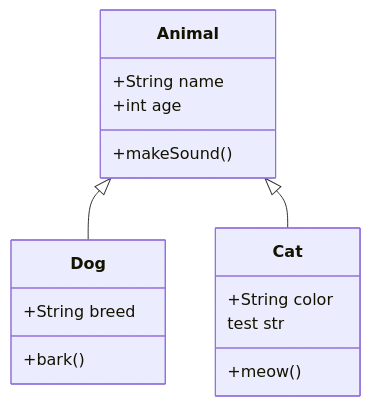
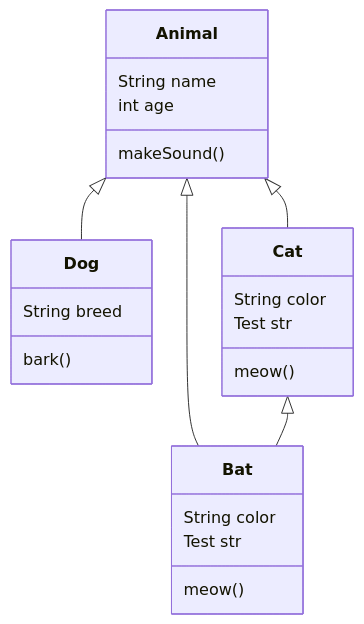
Before and after one commit to AllefDouglasDev/markdown-viewer: the second of 2 diagrams in example.md, drawn with Mermaid. The commit also changed 4 other files, not shown here.

````diff
--- a/example.md
+++ b/example.md
@@ -126,19 +126,26 @@
 ```mermaid
 classDiagram
     class Animal {
-        +String name
-        +int age
-        +makeSound()
+        String name
+        int age
+        makeSound()
     }
     class Dog {
-        +String breed
-        +bark()
+        String breed
+        bark()
     }
     class Cat {
-        +String color
-        +meow()
-test str
+        String color
+        meow()
+        Test str
+    }
+    class Bat {
+        String color
+        meow()
+        Test str
     }
     Animal <|-- Dog
     Animal <|-- Cat
+    Animal <|-- Bat
+    Cat <|-- Bat
 ```
````
